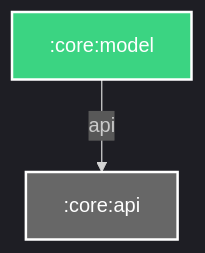
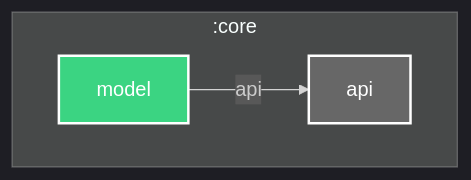
Before and after one commit to Dussim/cv-app: the diagram in core/model/README.md, drawn with Mermaid. The commit also changed 24 other files, not shown here.

Commit message:
Update READMEs with module hierarchy graphs, refactor Gradle configurations, and bump dependencies

````diff
--- a/core/model/README.md
+++ b/core/model/README.md
@@ -3,16 +3,21 @@
 ```mermaid
 %%{
   init: {
     'theme': 'dark'
   }
 }%%
 
 graph TB
+  subgraph :core
+    :core:model["model"]
+    :core:api["api"]
+  end
+
   :core:model -- api --> :core:api
 
 classDef android-library fill:#3BD482,stroke:#fff,stroke-width:2px,color:#fff;
 classDef unknown fill:#676767,stroke:#fff,stroke-width:2px,color:#fff;
 class :core:model android-library
 class :core:api unknown
 
 ```
````
